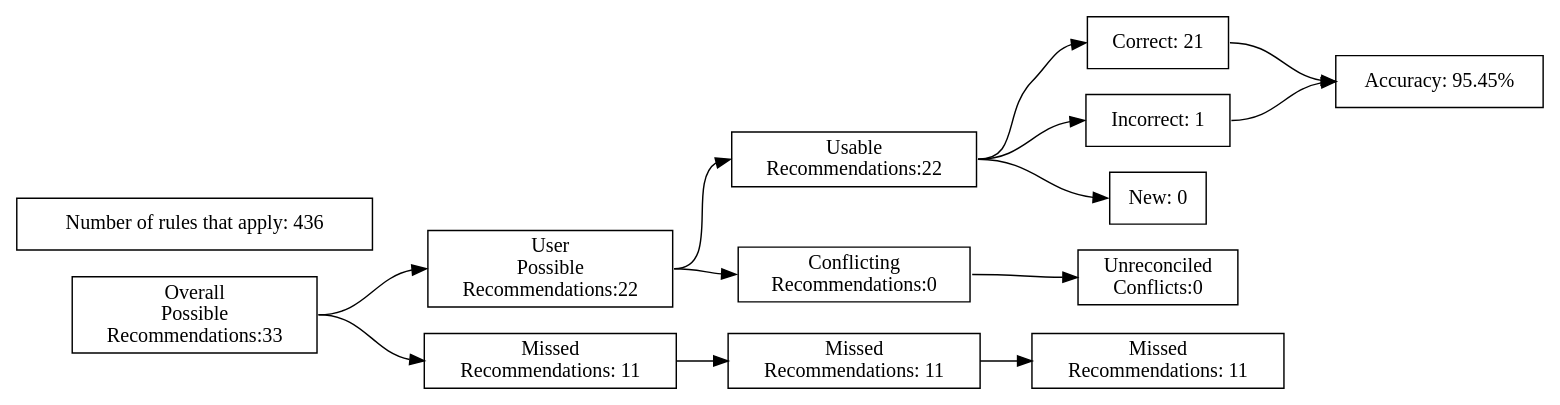
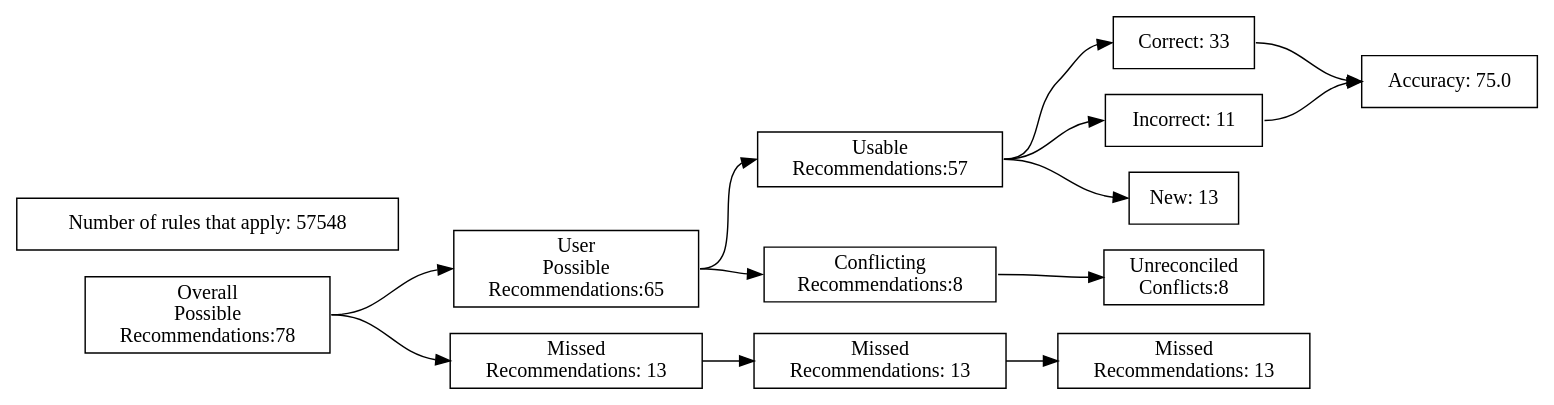
One commit to ZaxR/ibd_diet_analysis changed the diagram in test_renders/85.gv. Above: the diagram before and after it, drawn with Graphviz. The commit also changed 231 other files, not shown here.

```diff
--- a/test_renders/85.gv
+++ b/test_renders/85.gv
@@ -1,40 +1,40 @@
 digraph {
 	graph [rankdir=LR]
 	node [pos=r shape=box]
 	edge [headport=w tailport=e]
 		A [label="Overall
 Possible
-Recommendations:33"]
+Recommendations:78"]
 		B [label="User
 Possible
-Recommendations:22"]
+Recommendations:65"]
 		C [label="Missed
-Recommendations: 11"]
+Recommendations: 13"]
 		D [label="Usable
-Recommendations:22"]
+Recommendations:57"]
 		E [label="Conflicting
-Recommendations:0"]
+Recommendations:8"]
 		J [label="Missed
-Recommendations: 11"]
+Recommendations: 13"]
 		M [label="Unreconciled
-Conflicts:0"]
-		F [label="Correct: 21"]
-		G [label="Incorrect: 1"]
-		H [label="New: 0"]
+Conflicts:8"]
+		F [label="Correct: 33"]
+		G [label="Incorrect: 11"]
+		H [label="New: 13"]
 		K [label="Missed
-Recommendations: 11"]
-		I [label="Accuracy: 95.45%"]
-		l [label="Number of rules that apply: 436"]
+Recommendations: 13"]
+		I [label="Accuracy: 75.0"]
+		l [label="Number of rules that apply: 57548"]
 			A -> B
 			A -> C
 			B -> D
 			B -> E
 			D -> F
 			D -> G
 			D -> H
 			F -> I
 			G -> I
 			C -> J
 			J -> K
 			E -> M
 }
```
